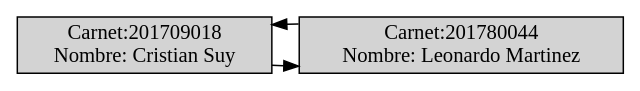
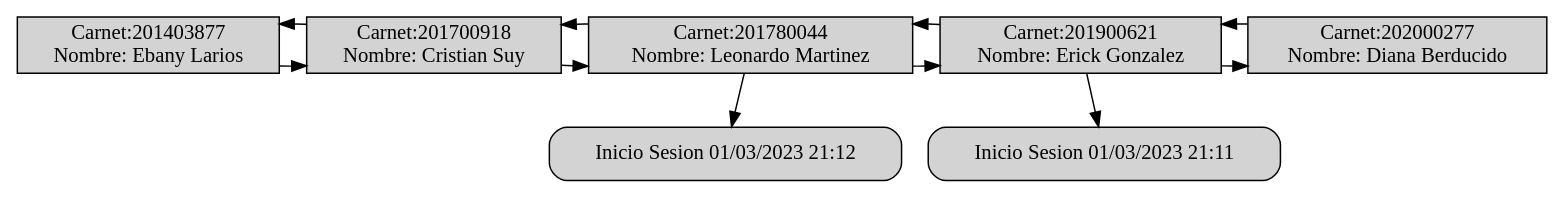
One commit to Erick21Enrique99Gon/EDD_1S2023_PY_201900621 changed the diagram in EDD_Proyecto1_Fase1/Registrados.dot. Above: the diagram before and after it, drawn with Graphviz. The commit also changed 17 other files, not shown here.

```diff
--- a/EDD_Proyecto1_Fase1/Registrados.dot
+++ b/EDD_Proyecto1_Fase1/Registrados.dot
@@ -1,11 +1,21 @@
 digraph G {
 node[shape=rectangle, style=filled];
-N0[label="Carnet:201709018
+N0[label="Carnet:201403877
+Nombre: Ebany Larios"];
+N1[label="Carnet:201700918
 Nombre: Cristian Suy"];
-N1[label="Carnet:201780044
+N2[label="Carnet:201780044
 Nombre: Leonardo Martinez"];
-N0->N1
-N1->N0
-{rank = same;N0;N1;}
-{rank = same;}
+N201780044[label="{Inicio Sesion 01/03/2023 21:12}"shape=Mrecord];
+N3[label="Carnet:201900621
+Nombre: Erick Gonzalez"];
+N201900621[label="{Inicio Sesion 01/03/2023 21:11}"shape=Mrecord];
+N4[label="Carnet:202000277
+Nombre: Diana Berducido"];
+N0->N1->N2->N3->N4
+N4->N3->N2->N1->N0
+N2-> N201780044
+N3-> N201900621
+{rank = same;N0;N1;N2;N3;N4;}
+{rank = same;N201780044;N201900621;}
 }
```
